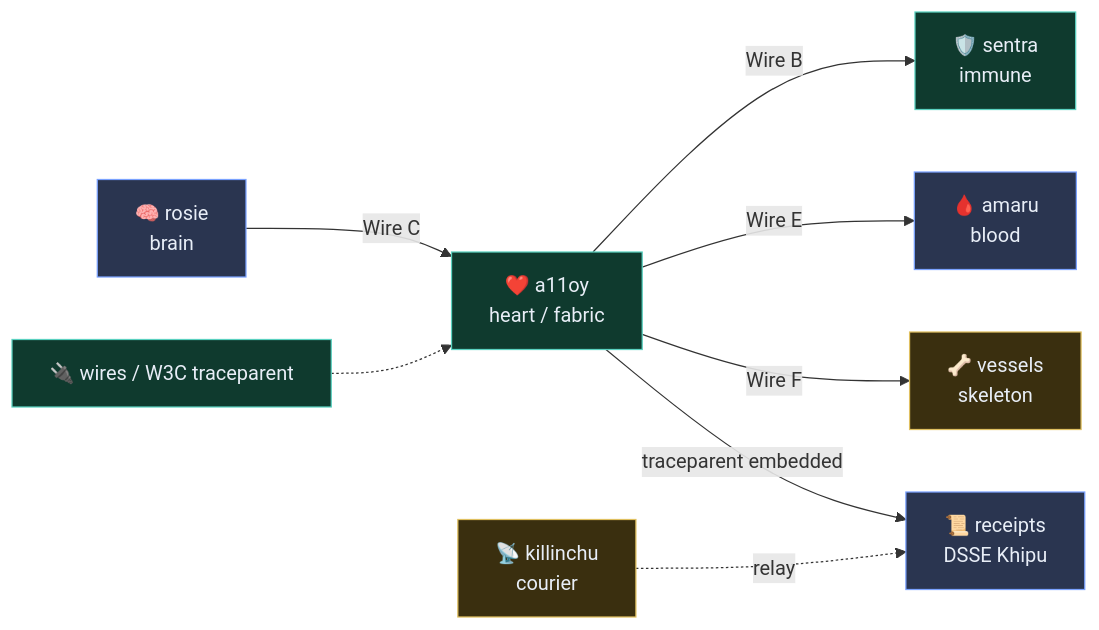
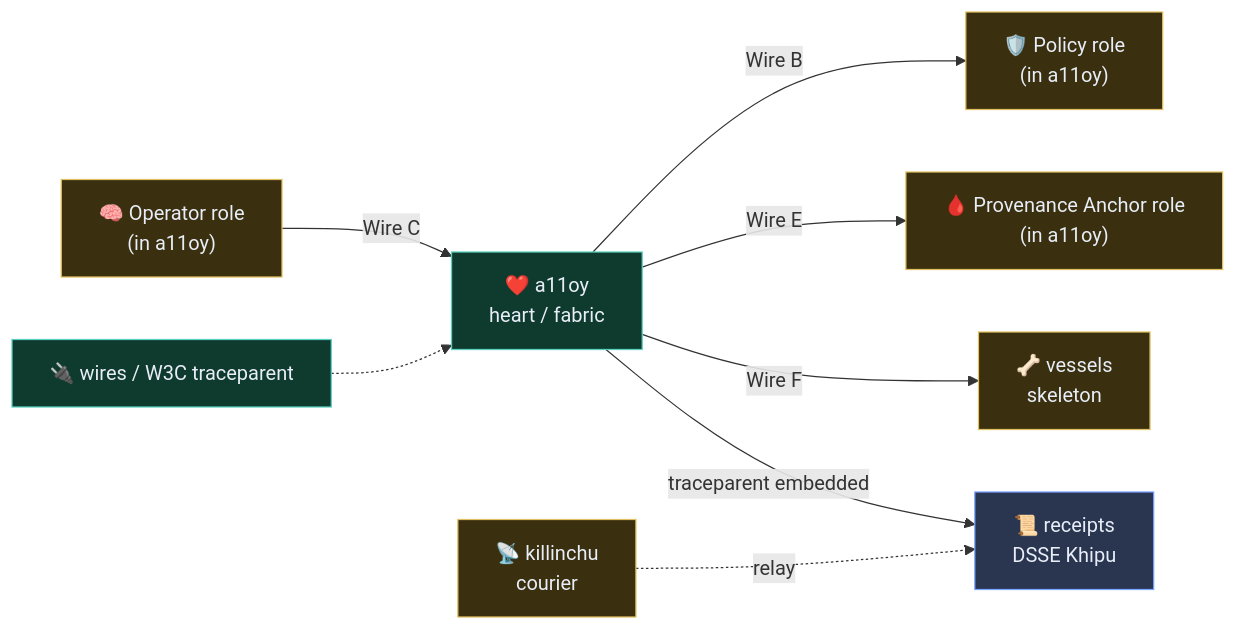
One commit to szl-holdings/killinchu changed the second of 2 diagrams in README.md. Above: the diagram before and after it, drawn with Mermaid. The commit also changed other lines of this file, not shown here.

Commit message:
docs(README): reframe mesh diagram codenames as honest roadmap roles (Operator/Policy/Provenance Anchor); disclose retired internal codenames; only a11oy+killinchu ship [DEV-C R2]

````diff
--- a/README.md
+++ b/README.md
@@ -319,13 +320,13 @@
 ```mermaid
 flowchart LR
     classDef live fill:#0f3a2e,stroke:#5ad1c0,color:#e8eef7;
     classDef inproc fill:#2a3550,stroke:#7aa2ff,color:#e8eef7;
     classDef roadmap fill:#3a2f0f,stroke:#e0c060,color:#e8eef7;
-    ROSIE["🧠 rosie<br/>brain"]:::inproc -->|Wire C| A11OY["❤️ a11oy<br/>heart / fabric"]:::live
-    A11OY -->|Wire B| SENTRA["🛡️ sentra<br/>immune"]:::live
-    A11OY -->|Wire E| AMARU["🩸 amaru<br/>blood"]:::inproc
+    ROSIE["🧠 Operator role<br/>(in a11oy)"]:::roadmap -->|Wire C| A11OY["❤️ a11oy<br/>heart / fabric"]:::live
+    A11OY -->|Wire B| SENTRA["🛡️ Policy role<br/>(in a11oy)"]:::roadmap
+    A11OY -->|Wire E| AMARU["🩸 Provenance Anchor role<br/>(in a11oy)"]:::roadmap
     A11OY -->|Wire F| VESSELS["🦴 vessels<br/>skeleton"]:::roadmap
     KILLINCHU["📡 killinchu<br/>courier"]:::roadmap -.->|relay| RECEIPTS["📜 receipts<br/>DSSE Khipu"]:::inproc
     A11OY -->|traceparent embedded| RECEIPTS
     WIRES["🔌 wires / W3C traceparent"]:::live -.-> A11OY
 ```
````
